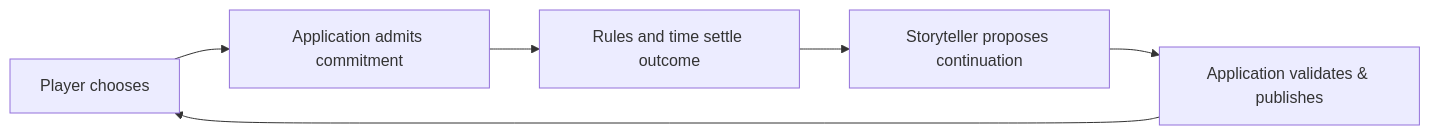
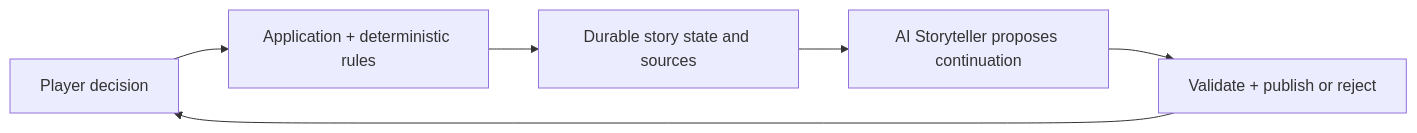
One commit to DenisSkulovic/offscreen-rpg changed the second of 2 diagrams in README.md. Above: the diagram before and after it, drawn with Mermaid. The commit also changed other lines of this file, not shown here.

````diff
--- a/README.md
+++ b/README.md
@@ -64,8 +77,8 @@
 ```mermaid
 flowchart LR
-  A["Player chooses"] --> B["Application admits commitment"]
-  B --> C["Rules and time settle outcome"]
-  C --> D["Storyteller proposes continuation"]
-  D --> E["Application validates & publishes"]
-  E --> A
+    Player["Player decision"] --> Authority["Application + deterministic rules"]
+    Authority --> State["Durable story state and sources"]
+    State --> Writer["AI Storyteller proposes continuation"]
+    Writer --> Gate["Validate + publish or reject"]
+    Gate --> Player
 ```
````
